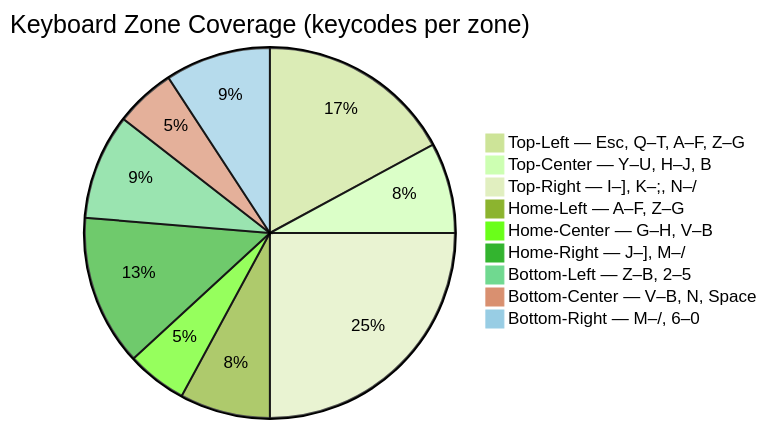
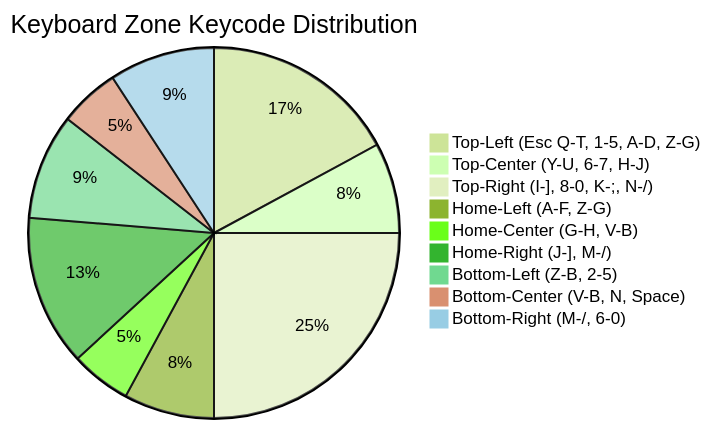
One commit to hkevin01/cat-detector changed the fourth of 5 diagrams in README.md. Above: the diagram before and after it, drawn with Mermaid (forest theme). The commit also changed other lines of this file, not shown here.

Commit message:
docs(readme): comprehensive rewrite - 8 tables, 5 mermaid diagrams, research citations, detection deep dive, mode comparison

````diff
--- a/README.md
+++ b/README.md
@@ -200,12 +370,12 @@
 ```mermaid
-pie title Keyboard Zone Coverage (keycodes per zone)
-    "Top-Left — Esc, Q–T, A–F, Z–G" : 13
-    "Top-Center — Y–U, H–J, B" : 6
-    "Top-Right — I–], K–;, N–/" : 19
-    "Home-Left — A–F, Z–G" : 6
-    "Home-Center — G–H, V–B" : 4
-    "Home-Right — J–], M–/" : 10
-    "Bottom-Left — Z–B, 2–5" : 7
-    "Bottom-Center — V–B, N, Space" : 4
-    "Bottom-Right — M–/, 6–0" : 7
+pie title Keyboard Zone Keycode Distribution
+    "Top-Left (Esc Q-T, 1-5, A-D, Z-G)" : 13
+    "Top-Center (Y-U, 6-7, H-J)" : 6
+    "Top-Right (I-], 8-0, K-;, N-/)" : 19
+    "Home-Left (A-F, Z-G)" : 6
+    "Home-Center (G-H, V-B)" : 4
+    "Home-Right (J-], M-/)" : 10
+    "Bottom-Left (Z-B, 2-5)" : 7
+    "Bottom-Center (V-B, N, Space)" : 4
+    "Bottom-Right (M-/, 6-0)" : 7
 ```
````
